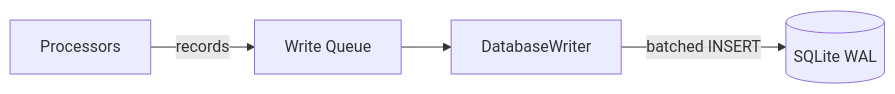
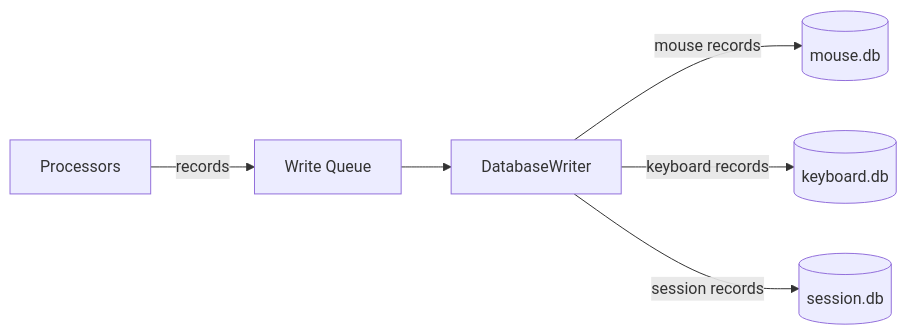
Before and after one commit to UVuruna/InputDNA: the diagram in database/__database.md, drawn with Mermaid. The commit also changed other lines of this file and 3 other files, not shown here.

````diff
--- a/database/__database.md
+++ b/database/__database.md
@@ -81,6 +123,8 @@
 ```mermaid
 flowchart LR
     P[Processors] -- "records" --> Q[Write Queue]
     Q --> W[DatabaseWriter]
-    W -- "batched INSERT" --> DB[(SQLite WAL)]
+    W -- "mouse records" --> M[(mouse.db)]
+    W -- "keyboard records" --> K[(keyboard.db)]
+    W -- "session records" --> S[(session.db)]
 ```
````
